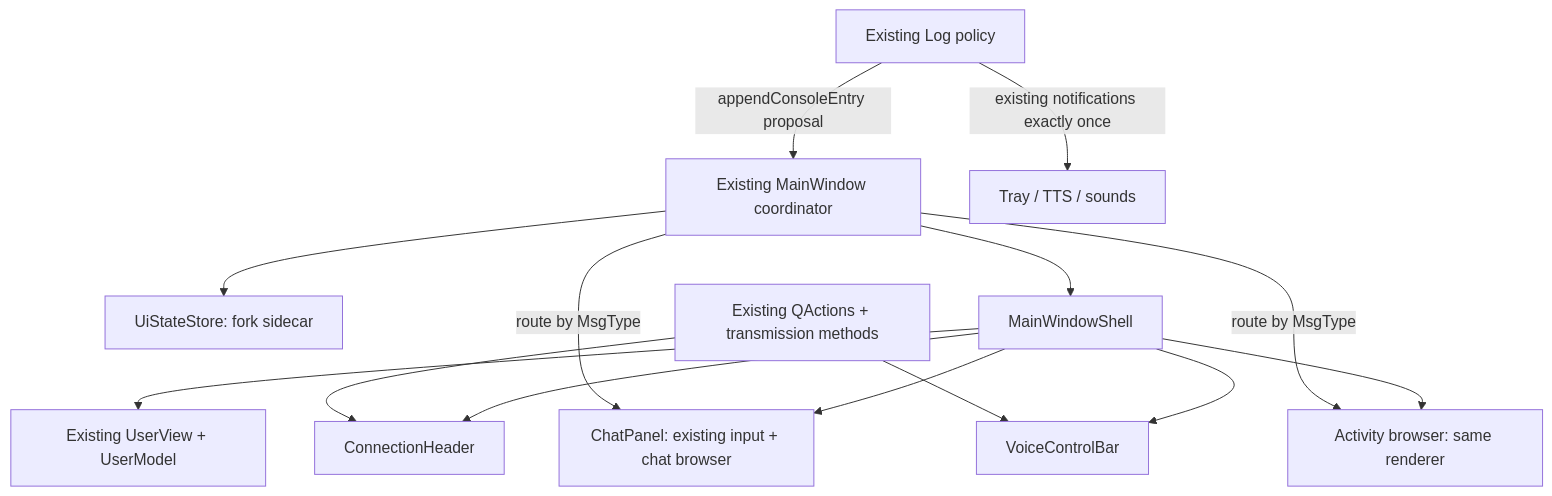
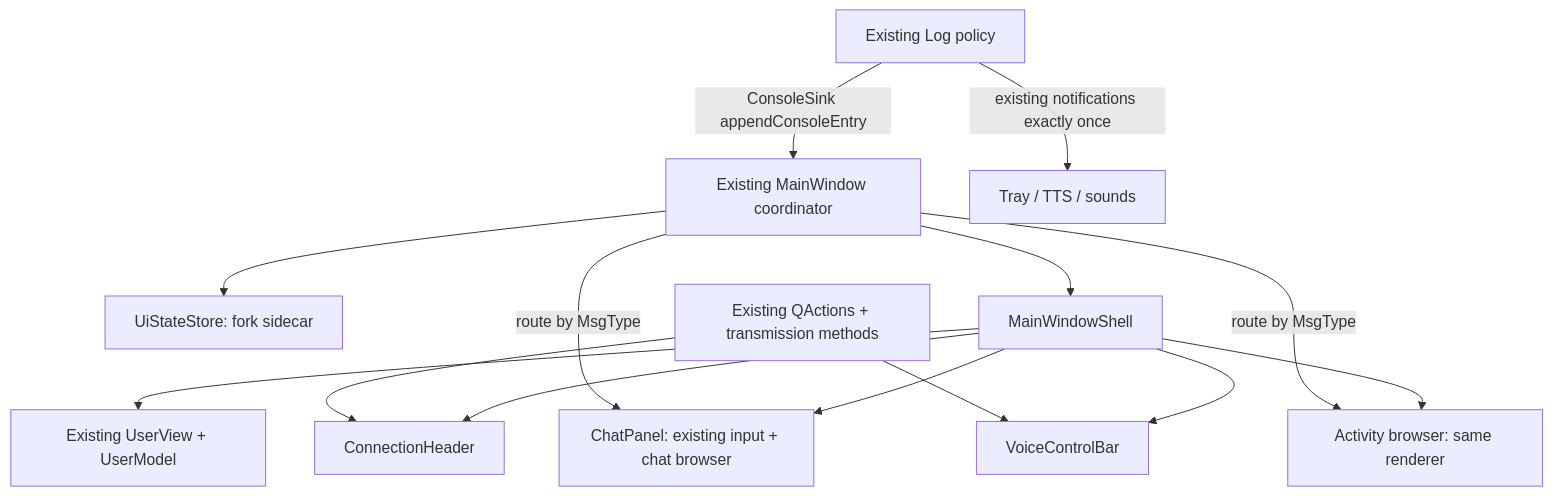
Before and after one commit to skobkin/mumble: the second of 2 diagrams in docs/new-ui/architecture.md, drawn with Mermaid. The commit also changed other lines of this file and 1 other file, not shown here.

````diff
--- a/docs/new-ui/architecture.md
+++ b/docs/new-ui/architecture.md
@@ -144,16 +144,16 @@
 ```mermaid
 flowchart TD
     MW[Existing MainWindow coordinator] --> State[UiStateStore: fork sidecar]
     MW --> Shell[MainWindowShell]
     Shell --> Header[ConnectionHeader]
     Shell --> Tree[Existing UserView + UserModel]
     Shell --> Chat[ChatPanel: existing input + chat browser]
     Shell --> Activity[Activity browser: same renderer]
     Shell --> Voice[VoiceControlBar]
     Actions[Existing QActions + transmission methods] --> Header
     Actions --> Voice
-    Log[Existing Log policy] -->|appendConsoleEntry proposal| MW
+    Log[Existing Log policy] -->|ConsoleSink appendConsoleEntry| MW
     MW -->|route by MsgType| Chat
     MW -->|route by MsgType| Activity
     Log -->|existing notifications exactly once| Notifications[Tray / TTS / sounds]
 ```
````
